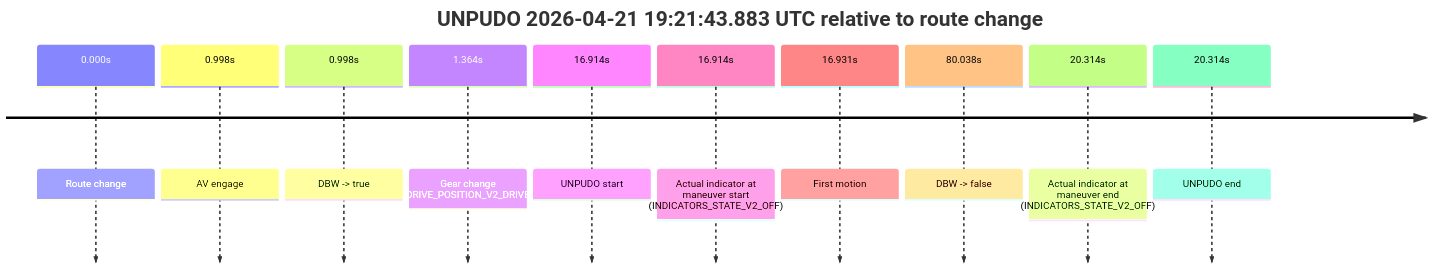
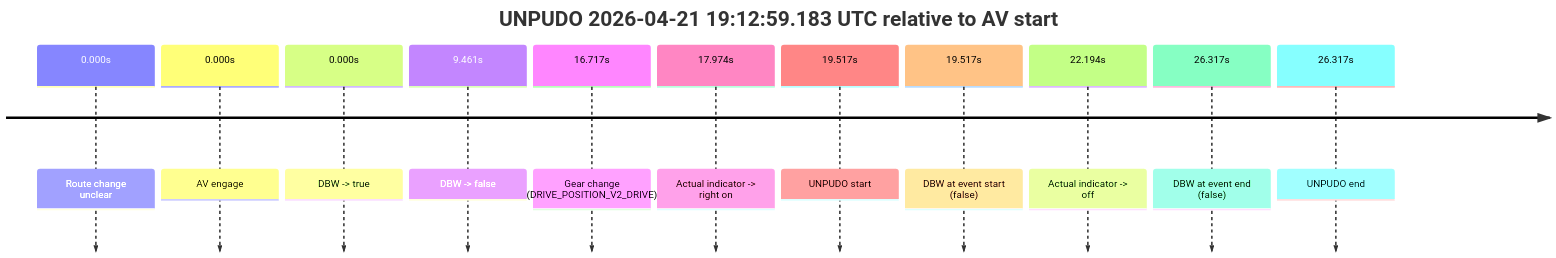
One commit to yoelshapiro/vault changed the fourth of 7 diagrams in model_analysis/report_cards/2026/04/Week-4/fme20032--2026-04-21--18-23-00--gen2-av-5253201b-b649-42e7-aa5e-a64306a66558.md. Above: the diagram before and after it, drawn with Mermaid. The commit also changed other lines of this file, not shown here.

````diff
--- a/model_analysis/report_cards/2026/04/Week-4/fme20032--2026-04-21--18-23-00--gen2-av-5253201b-b649-42e7-aa5e-a64306a66558.md
+++ b/model_analysis/report_cards/2026/04/Week-4/fme20032--2026-04-21--18-23-00--gen2-av-5253201b-b649-42e7-aa5e-a64306a66558.md
@@ -387,14 +315,15 @@
 ```mermaid
 timeline
-    title UNPUDO 2026-04-21 19:21:43.883 UTC relative to route change
-    0.000s : Route change
-    0.998s : AV engage
-    0.998s : DBW -> true
-    1.364s : Gear change (DRIVE_POSITION_V2_DRIVE)
-    16.914s : UNPUDO start
-    16.914s : Actual indicator at maneuver start (INDICATORS_STATE_V2_OFF)
-    16.931s : First motion
-    80.038s : DBW -> false
-    20.314s : Actual indicator at maneuver end (INDICATORS_STATE_V2_OFF)
-    20.314s : UNPUDO end
+    title UNPUDO 2026-04-21 19:12:59.183 UTC relative to AV start
+    0.000s : Route change unclear
+    0.000s : AV engage
+    0.000s : DBW -> true
+    9.461s : DBW -> false
+    16.717s : Gear change (DRIVE_POSITION_V2_DRIVE)
+    17.974s : Actual indicator -> right on
+    19.517s : UNPUDO start
+    19.517s : DBW at event start (false)
+    22.194s : Actual indicator -> off
+    26.317s : DBW at event end (false)
+    26.317s : UNPUDO end
 ```
````
